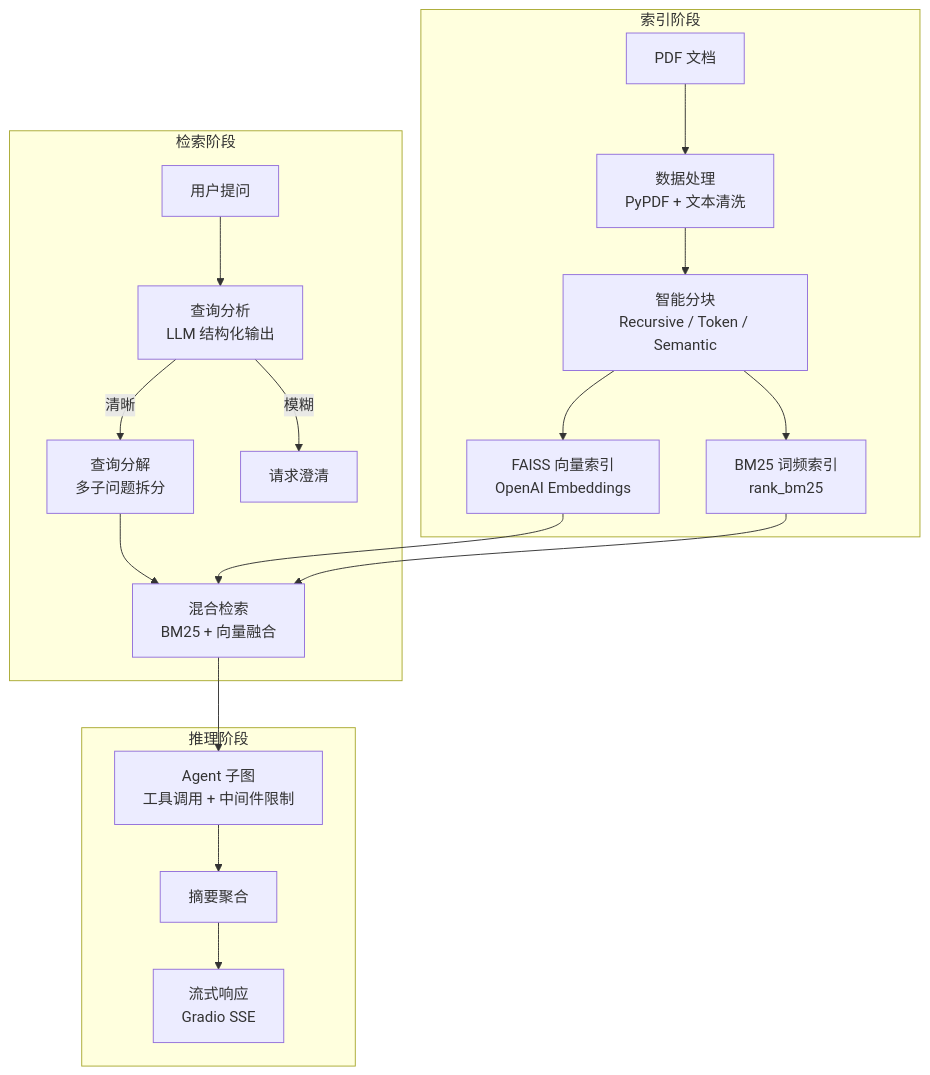
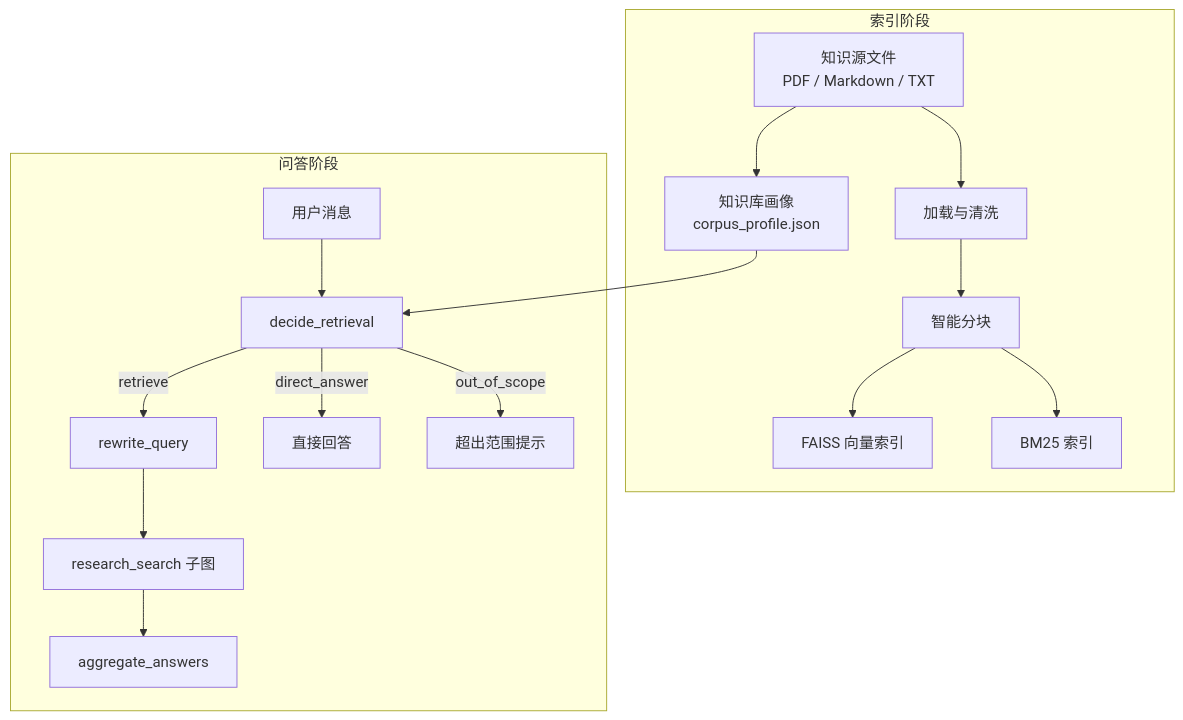
Before and after one commit to tivon-x/agentic_rag: the diagram in README.md, drawn with Mermaid. The commit also changed other lines of this file, not shown here.

````diff
--- a/README.md
+++ b/README.md
@@ -30,24 +28,20 @@
 ```mermaid
 graph TD
     subgraph 索引阶段
-        A[PDF 文档] --> B[数据处理<br/>PyPDF + 文本清洗]
-        B --> C[智能分块<br/>Recursive / Token / Semantic]
-        C --> D[FAISS 向量索引<br/>OpenAI Embeddings]
-        C --> E[BM25 词频索引<br/>rank_bm25]
+        A[知识源文件<br/>PDF / Markdown / TXT] --> B[加载与清洗]
+        B --> C[智能分块]
+        C --> D[FAISS 向量索引]
+        C --> E[BM25 索引]
+        A --> F[知识库画像<br/>corpus_profile.json]
     end
 
-    subgraph 检索阶段
-        F[用户提问] --> G[查询分析<br/>LLM 结构化输出]
-        G -->|清晰| H[查询分解<br/>多子问题拆分]
-        G -->|模糊| I[请求澄清]
-        H --> J[混合检索<br/>BM25 + 向量融合]
-        D --> J
-        E --> J
-    end
-
-    subgraph 推理阶段
-        J --> K[Agent 子图<br/>工具调用 + 中间件限制]
-        K --> L[摘要聚合]
-        L --> M[流式响应<br/>Gradio SSE]
+    subgraph 问答阶段
+        G[用户消息] --> H[decide_retrieval]
+        F --> H
+        H -->|retrieve| I[rewrite_query]
+        I --> J[research_search 子图]
+        J --> K[aggregate_answers]
+        H -->|direct_answer| L[直接回答]
+        H -->|out_of_scope| M[超出范围提示]
     end
 ```
````
